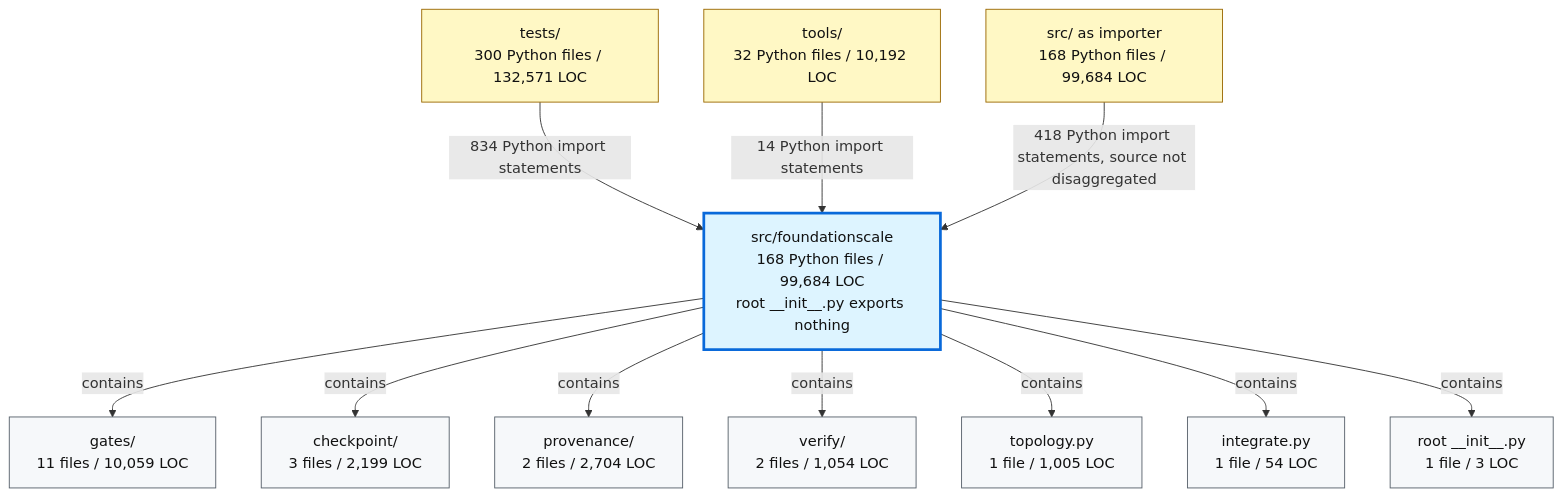
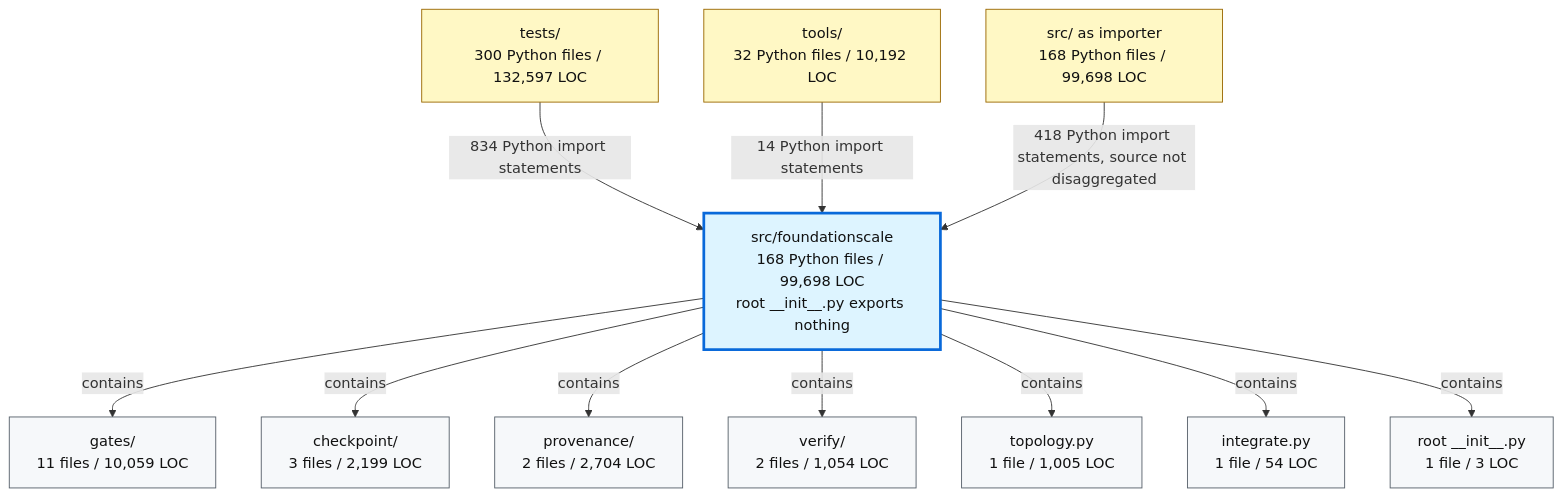
Before and after one commit to TranNhiem/FoundationScale: the second of 2 diagrams in docs/review/D2_current_architecture.md, drawn with Mermaid. The commit also changed other lines of this file and 10 other files, not shown here.

````diff
--- a/docs/review/D2_current_architecture.md
+++ b/docs/review/D2_current_architecture.md
@@ -97,36 +97,36 @@
 ```mermaid
 flowchart TB
-  TESTS["tests/<br/>300 Python files / 132,571 LOC"]
+  TESTS["tests/<br/>300 Python files / 132,597 LOC"]
   TOOLS["tools/<br/>32 Python files / 10,192 LOC"]
-  SRC["src/ as importer<br/>168 Python files / 99,684 LOC"]
+  SRC["src/ as importer<br/>168 Python files / 99,698 LOC"]
 
-  FS["src/foundationscale<br/>168 Python files / 99,684 LOC<br/>root __init__.py exports nothing"]
+  FS["src/foundationscale<br/>168 Python files / 99,698 LOC<br/>root __init__.py exports nothing"]
 
   GATES["gates/<br/>11 files / 10,059 LOC"]
   CKPT["checkpoint/<br/>3 files / 2,199 LOC"]
   PROV["provenance/<br/>2 files / 2,704 LOC"]
   VERIFY["verify/<br/>2 files / 1,054 LOC"]
   TOPO["topology.py<br/>1 file / 1,005 LOC"]
   INTEG["integrate.py<br/>1 file / 54 LOC"]
   ROOT["root __init__.py<br/>1 file / 3 LOC"]
 
   TESTS -->|"834 Python import statements"| FS
   TOOLS -->|"14 Python import statements"| FS
   SRC -->|"418 Python import statements, source not disaggregated"| FS
 
   FS -->|"contains"| GATES
   FS -->|"contains"| CKPT
   FS -->|"contains"| PROV
   FS -->|"contains"| VERIFY
   FS -->|"contains"| TOPO
   FS -->|"contains"| INTEG
   FS -->|"contains"| ROOT
 
   classDef consumer fill:#fff8c5,stroke:#9a6700,color:#111;
   classDef package fill:#ddf4ff,stroke:#0969da,stroke-width:3px,color:#111;
   classDef module fill:#f6f8fa,stroke:#57606a,color:#111;
 
   class TESTS,TOOLS,SRC consumer;
   class FS package;
   class GATES,CKPT,PROV,VERIFY,TOPO,INTEG,ROOT module;
 ```
````
